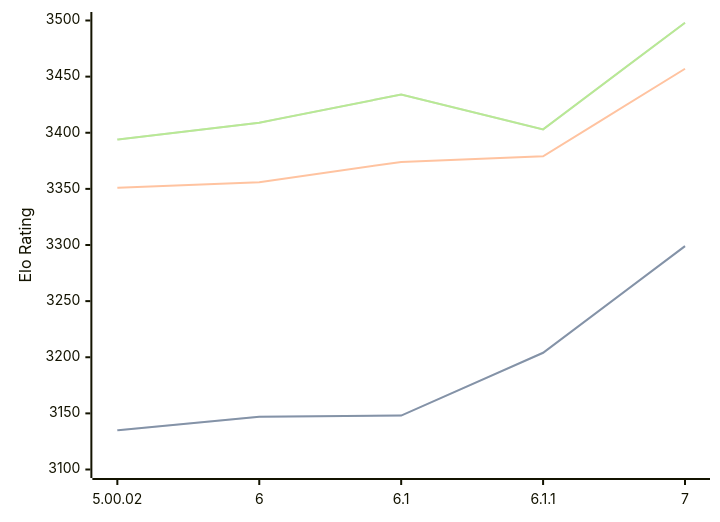
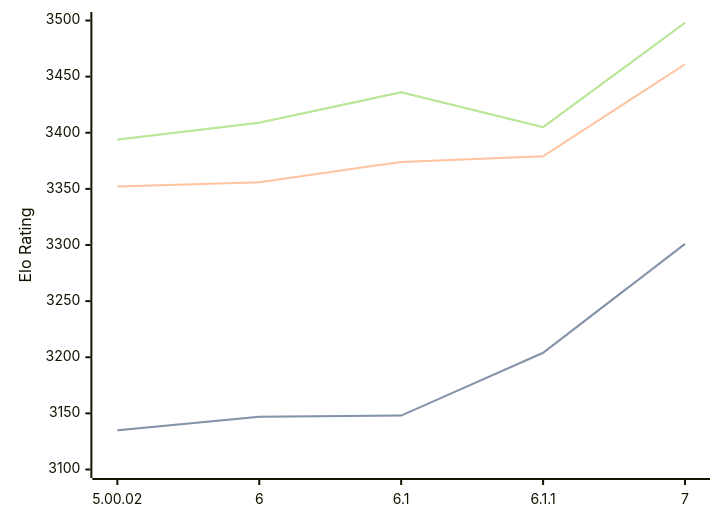
One commit to computer-chess-index/cci changed the diagram in engines/Zangdar.md. Above: the diagram before and after it, drawn with Mermaid. The commit also changed other lines of this file, not shown here.

Commit message:
Update CCI Ratings (ELO VLTC) - 2026-09-06

````diff
--- a/engines/Zangdar.md
+++ b/engines/Zangdar.md
@@ -35,11 +35,11 @@
 ```mermaid
 %%{init: {"theme":"base","themeVariables":{"seriesColors:['#a3a3a3','#222221','#faa371']}}}%%
 xychart-beta
   x-axis ["5.00.02", "6", "6.1", "6.1.1", "7"]
   y-axis "Elo Rating" 3100 --> 3500
-  line "" [3135, 3147, 3148, 3204, 3299]
-  line "STC (8.0+0.08s)" [3135, 3147, 3148, 3204, 3299]
-  line "LTC (60.0+0.60s)" [3351, 3356, 3374, 3379, 3457]
-  line "" [3394, 3409, 3434, 3403, 3498]
-  line "VLTC (2m24s+1.12s)" [3394, 3409, 3434, 3403, 3498]
+  line "" [3135, 3147, 3148, 3204, 3301]
+  line "STC (8.0+0.08s)" [3135, 3147, 3148, 3204, 3301]
+  line "LTC (60.0+0.60s)" [3352, 3356, 3374, 3379, 3461]
+  line "" [3394, 3409, 3436, 3405, 3498]
+  line "VLTC (2m24s+1.12s)" [3394, 3409, 3436, 3405, 3498]
 ```
````
